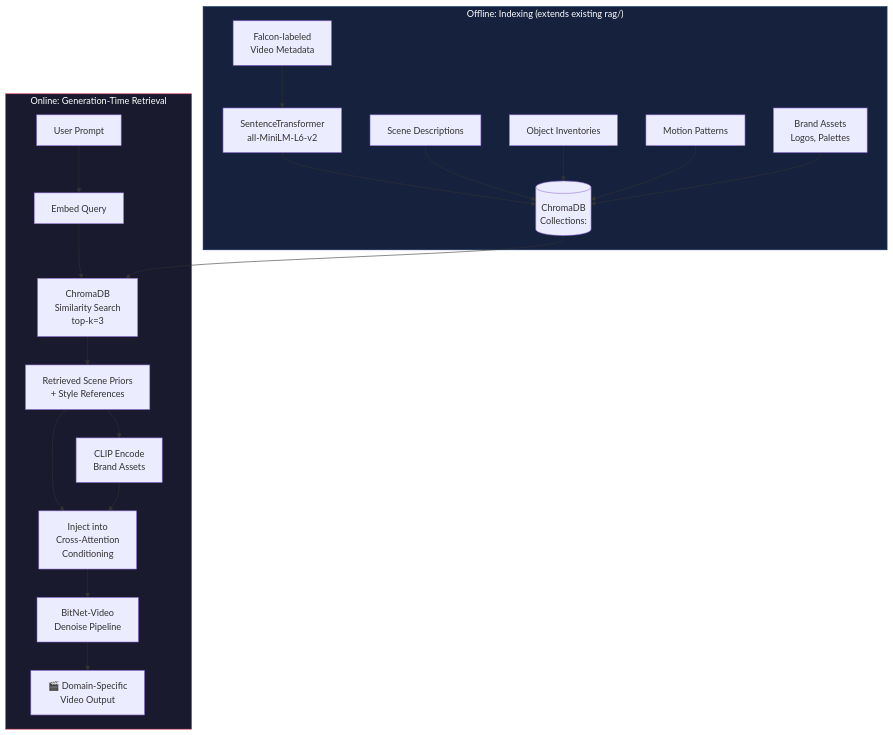
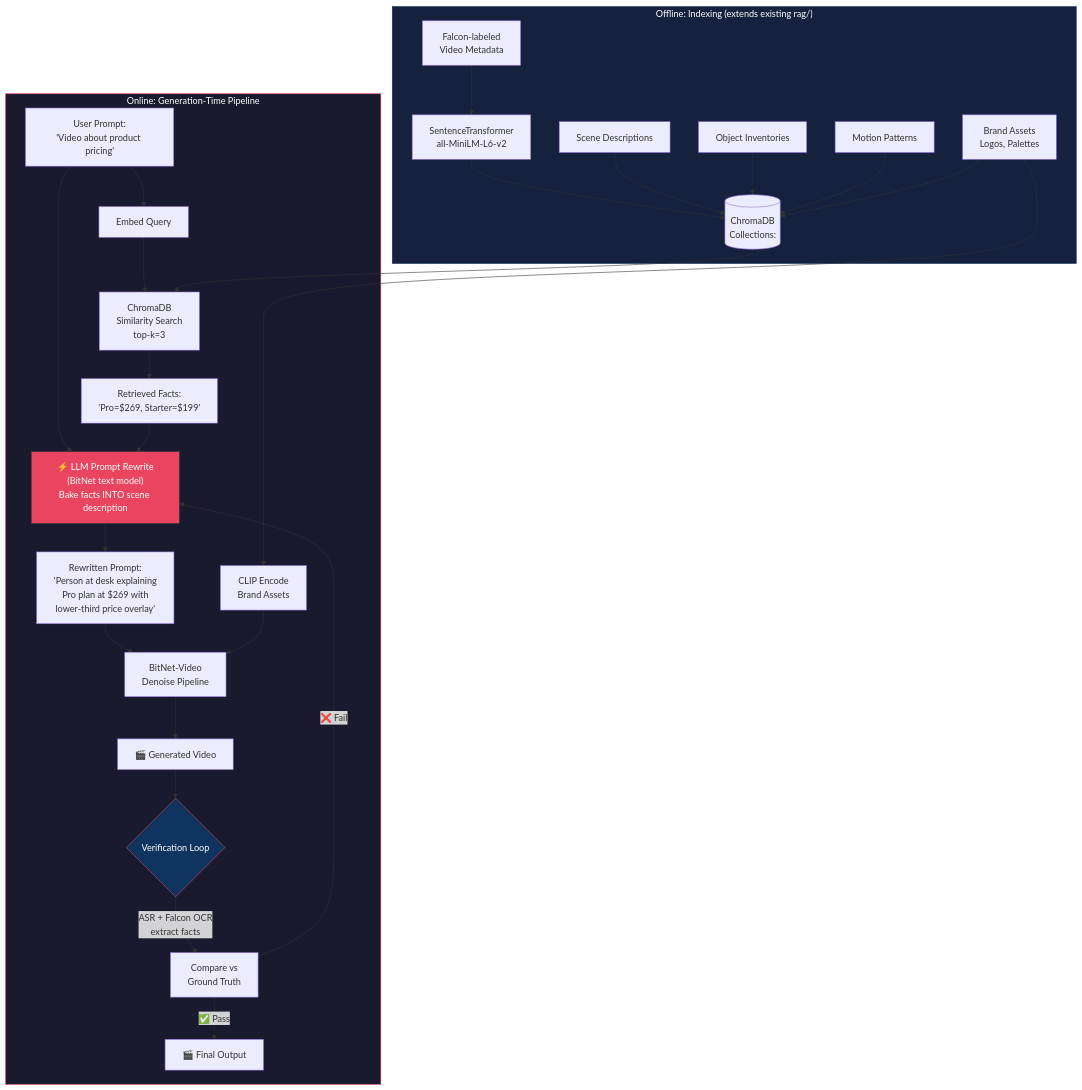
Before and after one commit to txavier/BitNet: the seventh of 7 diagrams in plan.md, drawn with Mermaid. The commit also changed other lines of this file, not shown here.

First line of the commit message:
Update Video-RAG with LLM prompt rewrite pattern

````diff
--- a/plan.md
+++ b/plan.md
@@ -463,26 +498,38 @@
 ```mermaid
 flowchart TB
     subgraph OFFLINE["Offline: Indexing (extends existing rag/)"]
         FDATA["Falcon-labeled\nVideo Metadata"] --> EMBED1["SentenceTransformer\nall-MiniLM-L6-v2"]
         EMBED1 --> CHROMA[("ChromaDB\nCollections:")]
         SCENES["Scene Descriptions"] --> CHROMA
         OBJECTS["Object Inventories"] --> CHROMA
         MOTION["Motion Patterns"] --> CHROMA
         BRANDS["Brand Assets\nLogos, Palettes"] --> CHROMA
     end
 
-    subgraph ONLINE["Online: Generation-Time Retrieval"]
-        PROMPT["User Prompt"] --> EMBED2["Embed Query"]
+    subgraph ONLINE["Online: Generation-Time Pipeline"]
+        PROMPT["User Prompt:\n'Video about product pricing'"] --> EMBED2["Embed Query"]
         EMBED2 --> SEARCH["ChromaDB\nSimilarity Search\ntop-k=3"]
         CHROMA --> SEARCH
-        SEARCH --> PRIORS["Retrieved Scene Priors\n+ Style References"]
-        PRIORS --> ENCODE["CLIP Encode\nBrand Assets"]
-        PRIORS --> CONDITION["Inject into\nCross-Attention\nConditioning"]
-        ENCODE --> CONDITION
-        CONDITION --> BITNET["BitNet-Video\nDenoise Pipeline"]
-        BITNET --> OUT["🎬 Domain-Specific\nVideo Output"]
+        SEARCH --> FACTS["Retrieved Facts:\n'Pro=$269, Starter=$199'"]
+
+        PROMPT --> REWRITE
+        FACTS --> REWRITE["⚡ LLM Prompt Rewrite\n(BitNet text model)\nBake facts INTO scene description"]
+
+        REWRITE --> REWRITTEN["Rewritten Prompt:\n'Person at desk explaining\nPro plan at $269 with\nlower-third price overlay'"]
+
+        REWRITTEN --> BITNET["BitNet-Video\nDenoise Pipeline"]
+        BRANDS --> CLIP["CLIP Encode\nBrand Assets"]
+        CLIP --> BITNET
+        BITNET --> VIDEO["🎬 Generated Video"]
+
+        VIDEO --> VERIFY{"Verification Loop"}
+        VERIFY -->|"ASR + Falcon OCR\nextract facts"| CHECK["Compare vs\nGround Truth"]
+        CHECK -->|"✅ Pass"| OUT["🎬 Final Output"]
+        CHECK -->|"❌ Fail"| REWRITE
     end
 
     style OFFLINE fill:#16213e,stroke:#0f3460,color:#fff
     style ONLINE fill:#1a1a2e,stroke:#e94560,color:#fff
+    style REWRITE fill:#e94560,stroke:#333,color:#fff
+    style VERIFY fill:#0f3460,stroke:#e94560,color:#fff
 ```
````
